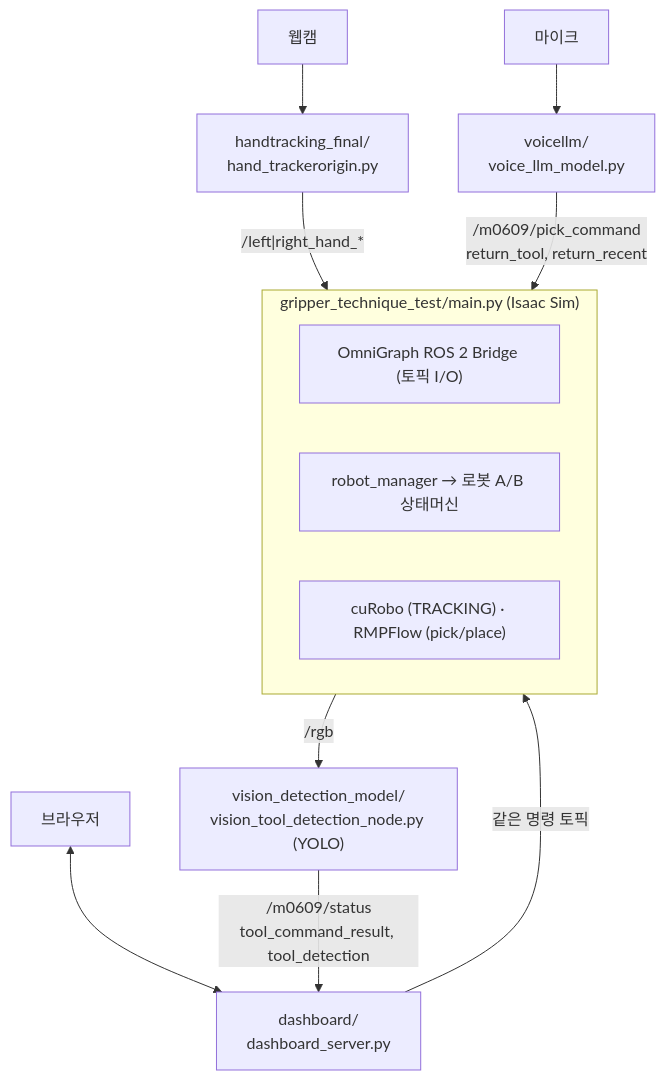
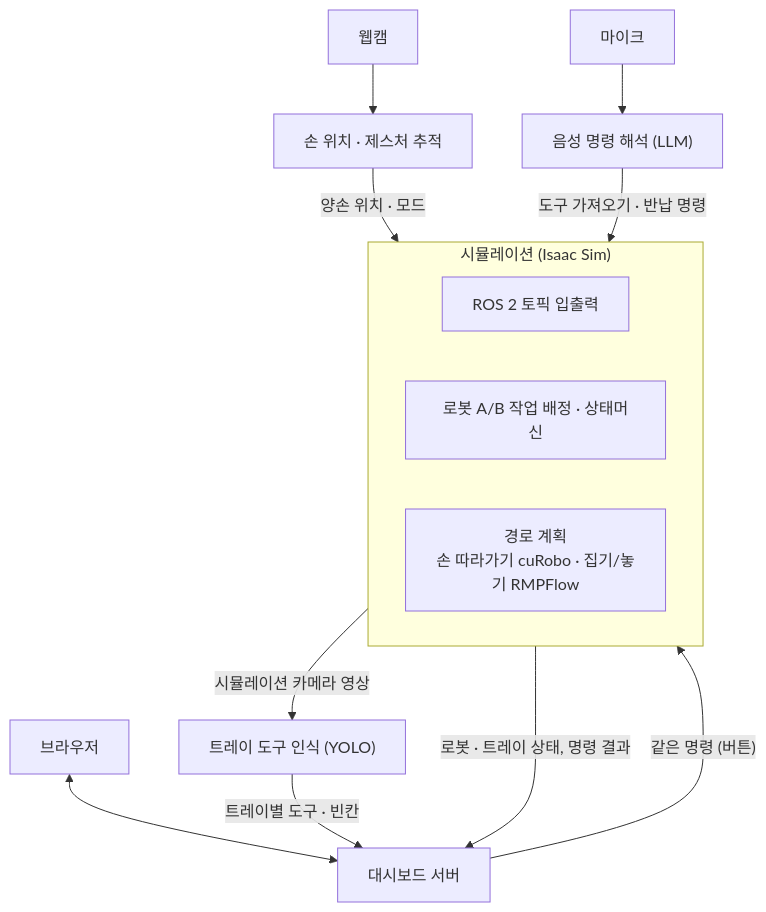
One commit to gwanhuiGIM/Rokey_cobot3 changed the first of 2 diagrams in README.md. Above: the diagram before and after it, drawn with Mermaid. The commit also changed other lines of this file, not shown here.

Commit message:
README: 구성도를 기능 중심으로 다시 그림, 칸→코드·토픽 표 추가

````diff
--- a/README.md
+++ b/README.md
@@ -17,16 +19,17 @@
 ```mermaid
 flowchart TB
-    CAM["웹캠"] --> HT["handtracking_final/<br/>hand_trackerorigin.py"]
-    MIC["마이크"] --> VL["voicellm/<br/>voice_llm_model.py"]
-    WB["브라우저"] <--> DB["dashboard/<br/>dashboard_server.py"]
-    HT -->|"/left|right_hand_*"| ISAAC
-    VL -->|"/m0609/pick_command<br/>return_tool, return_recent"| ISAAC
-    DB -->|"같은 명령 토픽"| ISAAC
-    subgraph ISAAC["gripper_technique_test/main.py (Isaac Sim)"]
-        OG["OmniGraph ROS 2 Bridge (토픽 I/O)"]
-        RM["robot_manager → 로봇 A/B 상태머신"]
-        PL["cuRobo (TRACKING) · RMPFlow (pick/place)"]
+    CAM["웹캠"] --> HT["손 위치 · 제스처 추적"]
+    MIC["마이크"] --> VL["음성 명령 해석 (LLM)"]
+    WB["브라우저"] <--> DB["대시보드 서버"]
+    HT -->|"양손 위치 · 모드"| ISAAC
+    VL -->|"도구 가져오기 · 반납 명령"| ISAAC
+    DB -->|"같은 명령 (버튼)"| ISAAC
+    subgraph ISAAC["시뮬레이션 (Isaac Sim)"]
+        OG["ROS 2 토픽 입출력"]
+        RM["로봇 A/B 작업 배정 · 상태머신"]
+        PL["경로 계획<br/>손 따라가기 cuRobo · 집기/놓기 RMPFlow"]
     end
-    ISAAC -->|"/rgb"| VD["vision_detection_model/<br/>vision_tool_detection_node.py (YOLO)"]
-    VD -->|"/m0609/status<br/>tool_command_result, tool_detection"| DB
+    ISAAC -->|"시뮬레이션 카메라 영상"| VD["트레이 도구 인식 (YOLO)"]
+    VD -->|"트레이별 도구 · 빈칸"| DB
+    ISAAC -->|"로봇 · 트레이 상태, 명령 결과"| DB
 ```
````
